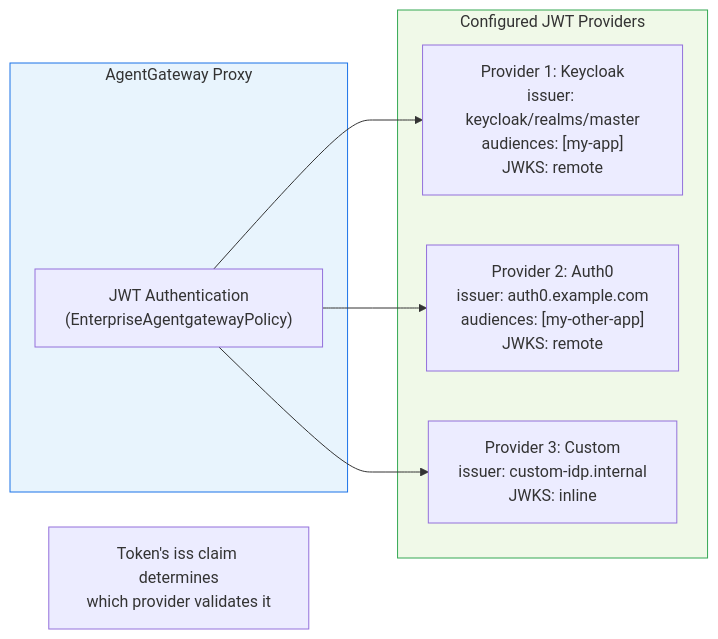
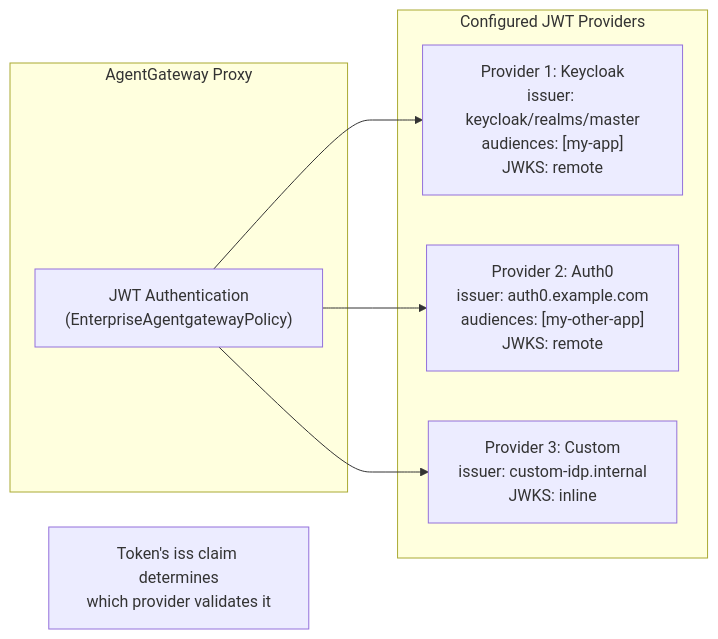
One commit to find-arka/diagrams changed the tenth of 14 diagrams in agentgateway/security/README.md. Above: the diagram before and after it, drawn with Mermaid. The commit also changed other lines of this file, not shown here.

````diff
--- a/agentgateway/security/README.md
+++ b/agentgateway/security/README.md
@@ -417,21 +417,19 @@
 ```mermaid
 graph LR
     subgraph AGW["AgentGateway Proxy"]
         JWT["JWT Authentication<br/>(EnterpriseAgentgatewayPolicy)"]
     end
 
     subgraph Providers["Configured JWT Providers"]
         P1["Provider 1: Keycloak<br/>issuer: keycloak/realms/master<br/>audiences: [my-app]<br/>JWKS: remote"]
         P2["Provider 2: Auth0<br/>issuer: auth0.example.com<br/>audiences: [my-other-app]<br/>JWKS: remote"]
         P3["Provider 3: Custom<br/>issuer: custom-idp.internal<br/>JWKS: inline"]
     end
 
     JWT --> P1
     JWT --> P2
     JWT --> P3
 
     Note["Token's iss claim determines<br/>which provider validates it"]
 
-    style AGW fill:#e8f4fd,stroke:#1a73e8
-    style Providers fill:#f0f9e8,stroke:#34a853
 ```
````
